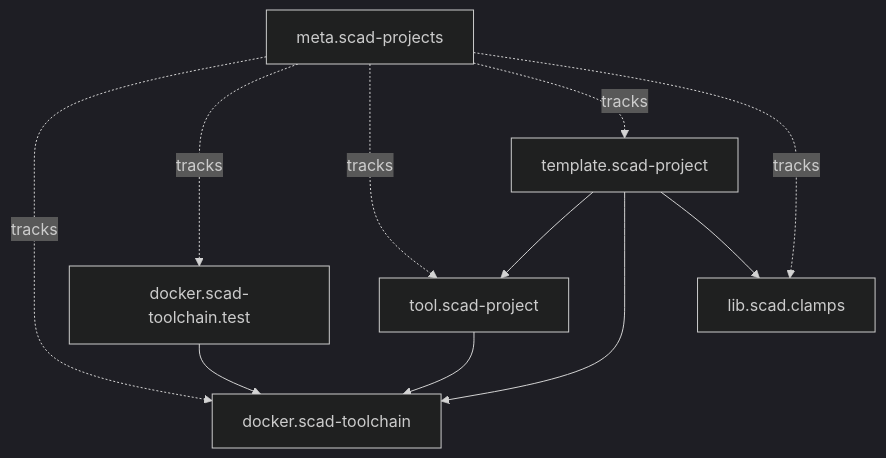
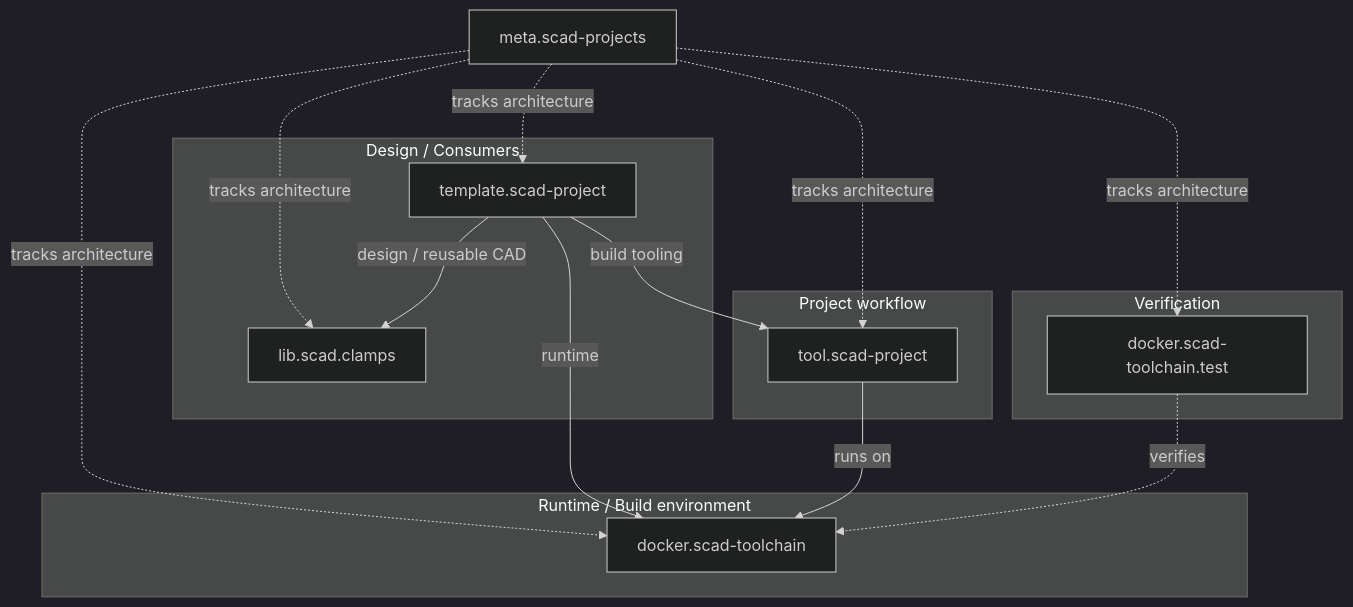
One commit to brainboxemb/meta.scad-projects changed the diagram in docs/repository-map.md. Above: the diagram before and after it, drawn with Mermaid (dark theme). The commit also changed other lines of this file and 10 other files, not shown here.

````diff
--- a/docs/repository-map.md
+++ b/docs/repository-map.md
@@ -16,16 +16,34 @@
 ```mermaid
-flowchart TB
-    OPS[meta.scad-projects]
+flowchart TD
 
-    OPS -. tracks .-> TOOLCHAIN[docker.scad-toolchain]
-    OPS -. tracks .-> TEST[docker.scad-toolchain.test]
-    OPS -. tracks .-> TOOL[tool.scad-project]
-    OPS -. tracks .-> TEMPLATE[template.scad-project]
-    OPS -. tracks .-> CLAMPS[lib.scad.clamps]
+    META["meta.scad-projects"]
 
-    TEST --> TOOLCHAIN
-    TOOL --> TOOLCHAIN
-    TEMPLATE --> TOOL
-    TEMPLATE --> TOOLCHAIN
-    TEMPLATE --> CLAMPS
+    subgraph RUNTIME["Runtime / Build environment"]
+        TOOLCHAIN["docker.scad-toolchain"]
+    end
+
+    subgraph WORKFLOW["Project workflow"]
+        TOOL["tool.scad-project"]
+    end
+
+    subgraph DESIGN["Design / Consumers"]
+        TEMPLATE["template.scad-project"]
+        CLAMPS["lib.scad.clamps"]
+    end
+
+    subgraph VERIFY["Verification"]
+        TEST["docker.scad-toolchain.test"]
+    end
+
+    META -.->|"tracks architecture"| TOOLCHAIN
+    META -.->|"tracks architecture"| TOOL
+    META -.->|"tracks architecture"| TEMPLATE
+    META -.->|"tracks architecture"| CLAMPS
+    META -.->|"tracks architecture"| TEST
+
+    TEMPLATE -->|"build tooling"| TOOL
+    TEMPLATE -->|"runtime"| TOOLCHAIN
+    TEMPLATE -->|"design / reusable CAD"| CLAMPS
+    TOOL -->|"runs on"| TOOLCHAIN
+    TEST -.->|"verifies"| TOOLCHAIN
 ```
````
